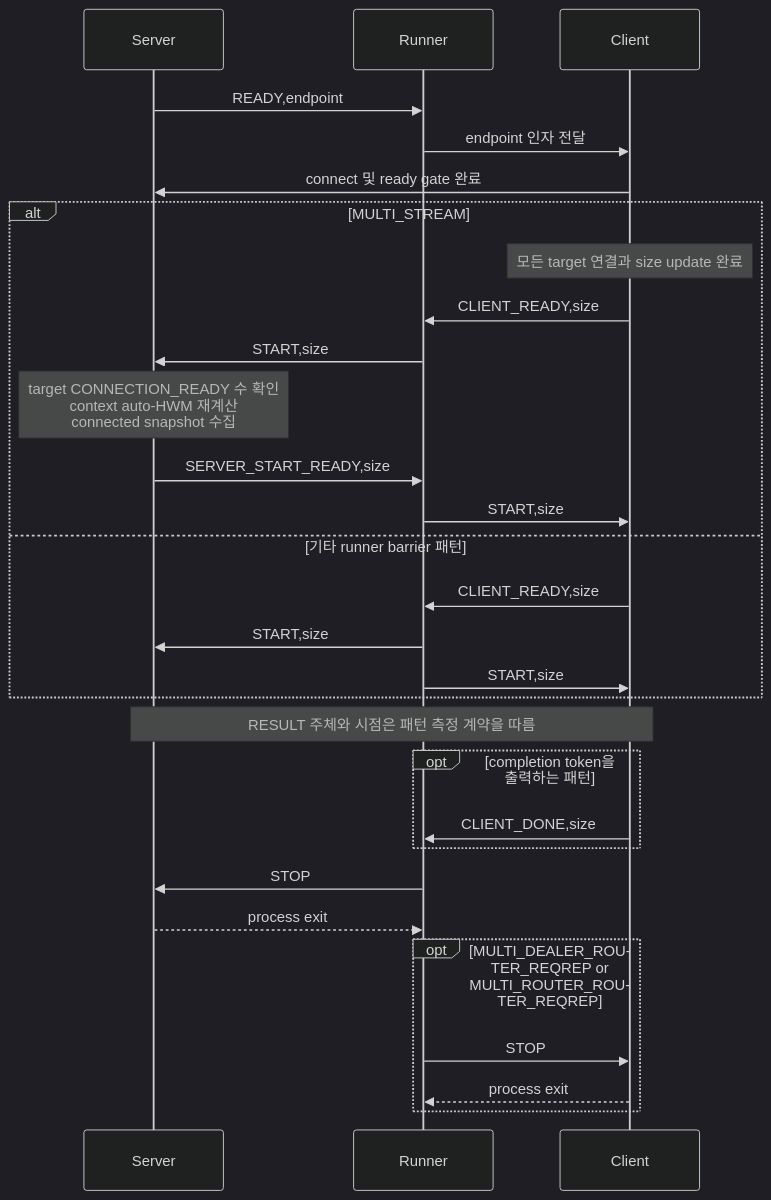
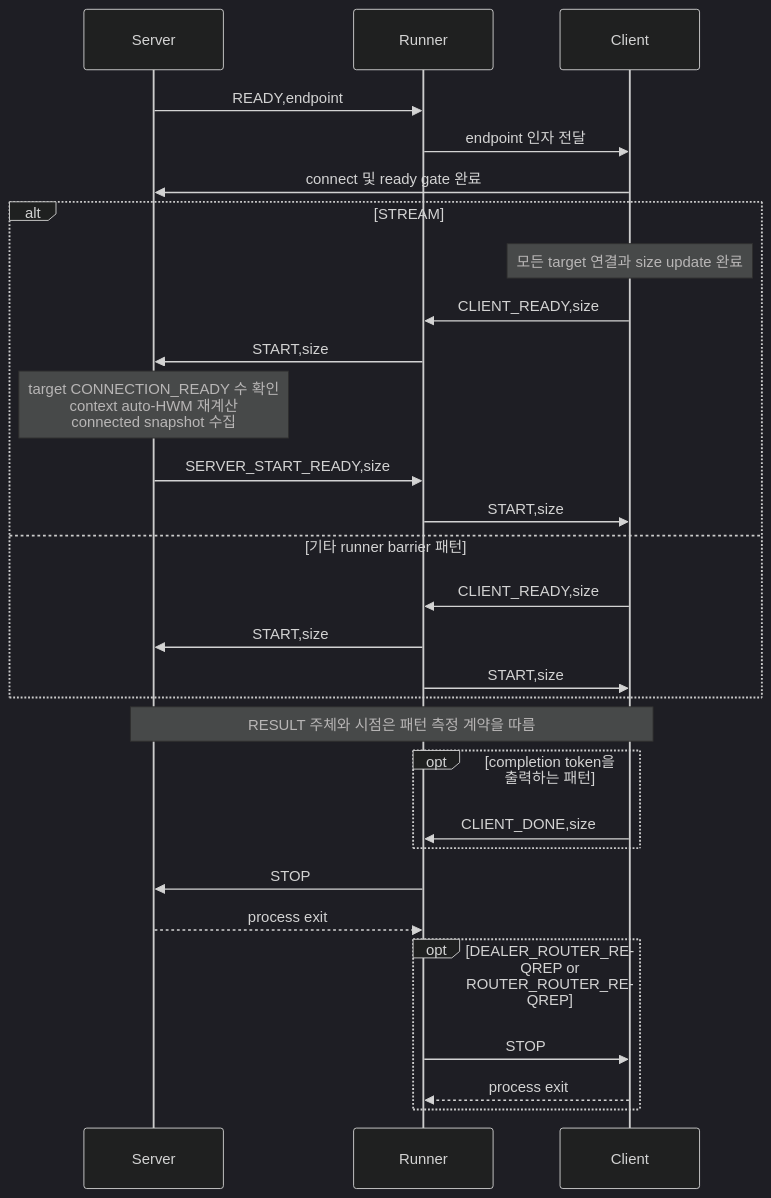
One commit to zlink-systems/zlink changed the diagram in doc/perf/PERF_MULTI_TEST_POLICY.md. Above: the diagram before and after it, drawn with Mermaid (dark theme). The commit also changed other lines of this file and 163 other files, not shown here.

````diff
--- a/doc/perf/PERF_MULTI_TEST_POLICY.md
+++ b/doc/perf/PERF_MULTI_TEST_POLICY.md
@@ -492,32 +492,32 @@
 ```mermaid
 sequenceDiagram
     participant S as Server
     participant R as Runner
     participant C as Client
 
     S->>R: READY,endpoint
     R->>C: endpoint 인자 전달
     C->>S: connect 및 ready gate 완료
-    alt MULTI_STREAM
+    alt STREAM
         Note over C: 모든 target 연결과 size update 완료
         C->>R: CLIENT_READY,size
         R->>S: START,size
         Note over S: target CONNECTION_READY 수 확인<br/>context auto-HWM 재계산<br/>connected snapshot 수집
         S->>R: SERVER_START_READY,size
         R->>C: START,size
     else 기타 runner barrier 패턴
         C->>R: CLIENT_READY,size
         R->>S: START,size
         R->>C: START,size
     end
     Note over S,C: RESULT 주체와 시점은 패턴 측정 계약을 따름
     opt completion token을 출력하는 패턴
         C->>R: CLIENT_DONE,size
     end
     R->>S: STOP
     S-->>R: process exit
-    opt MULTI_DEALER_ROUTER_REQREP or MULTI_ROUTER_ROUTER_REQREP
+    opt DEALER_ROUTER_REQREP or ROUTER_ROUTER_REQREP
         R->>C: STOP
         C-->>R: process exit
     end
 ```
````
